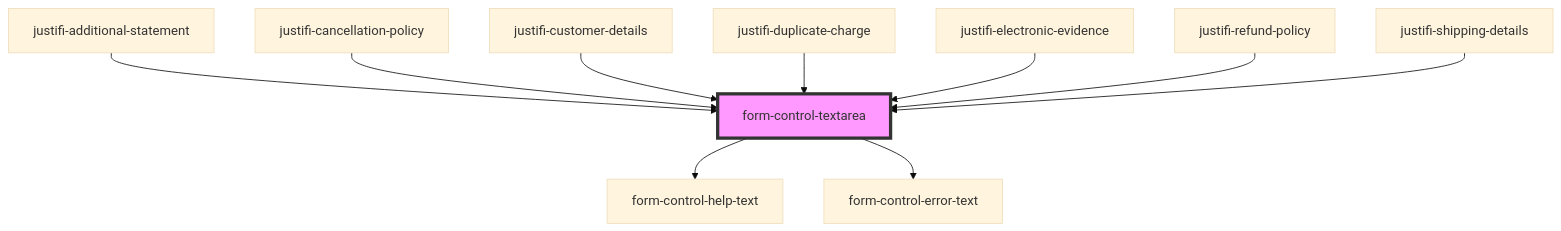
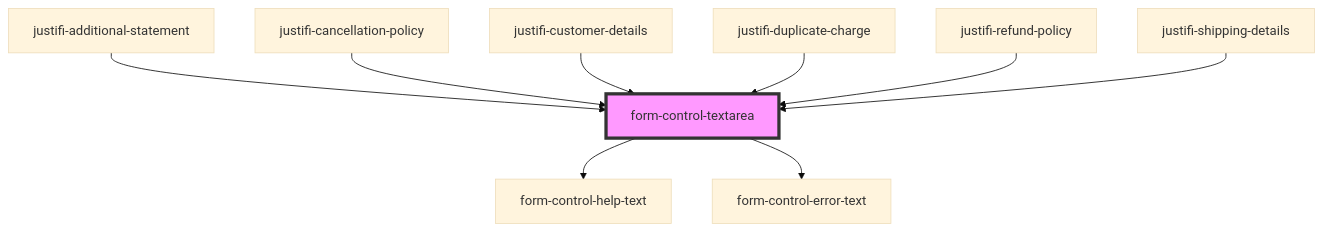
One commit to justifi-tech/web-component-library changed the diagram in packages/webcomponents/src/ui-components/form/readme.md. Above: the diagram before and after it, drawn with Mermaid (base theme). The commit also changed other lines of this file and 2 other files, not shown here.

Commit message:
add change access_activity_log upload name to activity_log

````diff
--- a/packages/webcomponents/src/ui-components/form/readme.md
+++ b/packages/webcomponents/src/ui-components/form/readme.md
@@ -56,13 +55,12 @@
 ```mermaid
 graph TD;
   form-control-textarea --> form-control-help-text
   form-control-textarea --> form-control-error-text
   justifi-additional-statement --> form-control-textarea
   justifi-cancellation-policy --> form-control-textarea
   justifi-customer-details --> form-control-textarea
   justifi-duplicate-charge --> form-control-textarea
-  justifi-electronic-evidence --> form-control-textarea
   justifi-refund-policy --> form-control-textarea
   justifi-shipping-details --> form-control-textarea
   style form-control-textarea fill:#f9f,stroke:#333,stroke-width:4px
 ```
````
